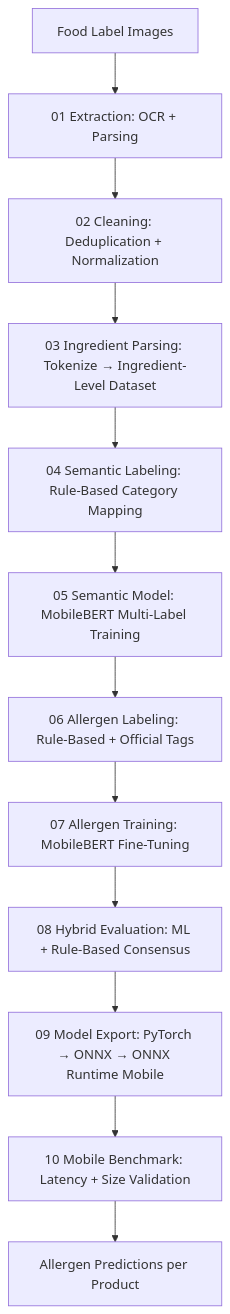
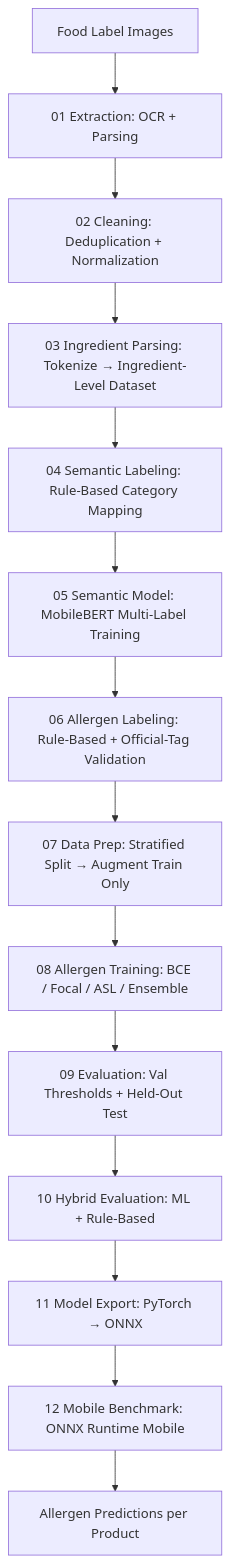
One commit to AngelChaos777/ai-based-ingredient-interpretation changed the diagram in README.md. Above: the diagram before and after it, drawn with Mermaid. The commit also changed other lines of this file and 22 other files, not shown here.

Commit message:
Enhance allergen detection model and pipeline

````diff
--- a/README.md
+++ b/README.md
@@ -187,14 +182,16 @@
 ```mermaid
 flowchart TD
     A[Food Label Images] --> B[01 Extraction: OCR + Parsing]
     B --> C[02 Cleaning: Deduplication + Normalization]
     C --> D[03 Ingredient Parsing: Tokenize → Ingredient-Level Dataset]
     D --> E[04 Semantic Labeling: Rule-Based Category Mapping]
     E --> F[05 Semantic Model: MobileBERT Multi-Label Training]
-    F --> G[06 Allergen Labeling: Rule-Based + Official Tags]
-    G --> H[07 Allergen Training: MobileBERT Fine-Tuning]
-    H --> I[08 Hybrid Evaluation: ML + Rule-Based Consensus]
-    I --> J[09 Model Export: PyTorch → ONNX → ONNX Runtime Mobile]
-    J --> K[10 Mobile Benchmark: Latency + Size Validation]
-    K --> L[Allergen Predictions per Product]
+    F --> G[06 Allergen Labeling: Rule-Based + Official-Tag Validation]
+    G --> H[07 Data Prep: Stratified Split → Augment Train Only]
+    H --> I[08 Allergen Training: BCE / Focal / ASL / Ensemble]
+    I --> J[09 Evaluation: Val Thresholds + Held-Out Test]
+    J --> K[10 Hybrid Evaluation: ML + Rule-Based]
+    K --> L[11 Model Export: PyTorch → ONNX]
+    L --> M[12 Mobile Benchmark: ONNX Runtime Mobile]
+    M --> N[Allergen Predictions per Product]
 ```
````
